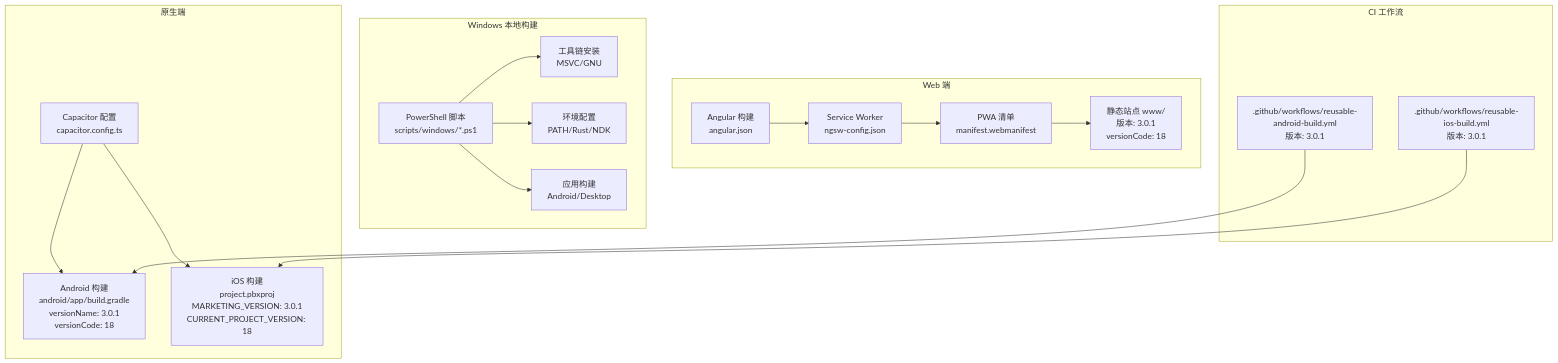
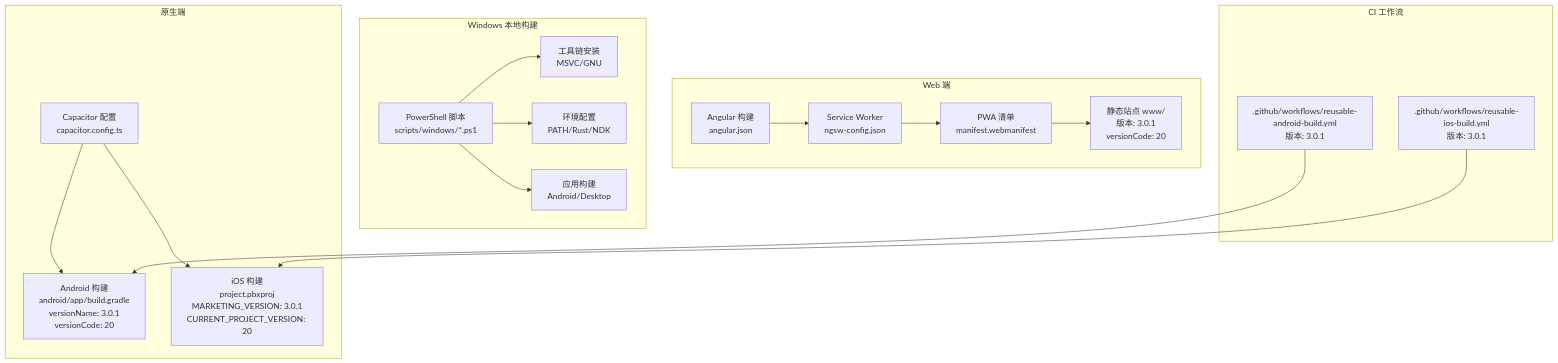
Before and after one commit to tea4go/Macro-Deck-Client-App: the second of 9 diagrams in .qoder/repowiki/zh/content/构建与部署/平台部署/平台部署.md, drawn with Mermaid. The commit also changed other lines of this file and 55 other files, not shown here.

````diff
--- a/.qoder/repowiki/zh/content/构建与部署/平台部署/平台部署.md
+++ b/.qoder/repowiki/zh/content/构建与部署/平台部署/平台部署.md
@@ -90,21 +90,21 @@
 ```mermaid
 graph TB
 subgraph "Web 端"
 W1["Angular 构建<br/>angular.json"] --> W2["Service Worker<br/>ngsw-config.json"]
 W2 --> W3["PWA 清单<br/>manifest.webmanifest"]
-W3 --> W4["静态站点 www/<br/>版本: 3.0.1<br/>versionCode: 18"]
+W3 --> W4["静态站点 www/<br/>版本: 3.0.1<br/>versionCode: 20"]
 end
 subgraph "原生端"
-N1["Capacitor 配置<br/>capacitor.config.ts"] --> N2["Android 构建<br/>android/app/build.gradle<br/>versionName: 3.0.1<br/>versionCode: 18"]
-N1 --> N3["iOS 构建<br/>project.pbxproj<br/>MARKETING_VERSION: 3.0.1<br/>CURRENT_PROJECT_VERSION: 18"]
+N1["Capacitor 配置<br/>capacitor.config.ts"] --> N2["Android 构建<br/>android/app/build.gradle<br/>versionName: 3.0.1<br/>versionCode: 20"]
+N1 --> N3["iOS 构建<br/>project.pbxproj<br/>MARKETING_VERSION: 3.0.1<br/>CURRENT_PROJECT_VERSION: 20"]
 end
 subgraph "Windows 本地构建"
 WIN1["PowerShell 脚本<br/>scripts/windows/*.ps1"] --> WIN2["工具链安装<br/>MSVC/GNU"]
 WIN1 --> WIN3["环境配置<br/>PATH/Rust/NDK"]
 WIN1 --> WIN4["应用构建<br/>Android/Desktop"]
 end
 subgraph "CI 工作流"
 C1[".github/workflows/reusable-android-build.yml<br/>版本: 3.0.1"] --> N2
 C2[".github/workflows/reusable-ios-build.yml<br/>版本: 3.0.1"] --> N3
 end
 ```
````
